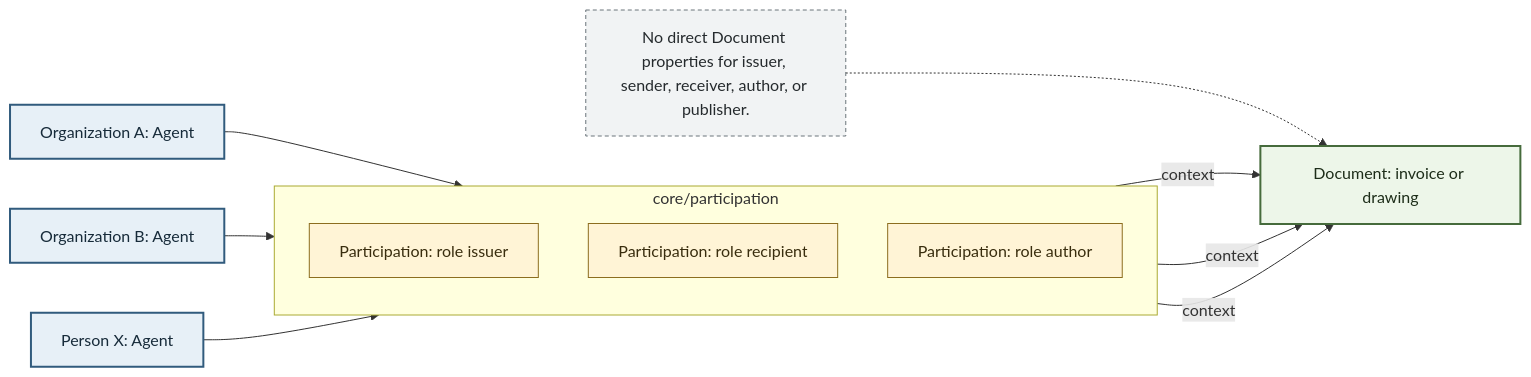
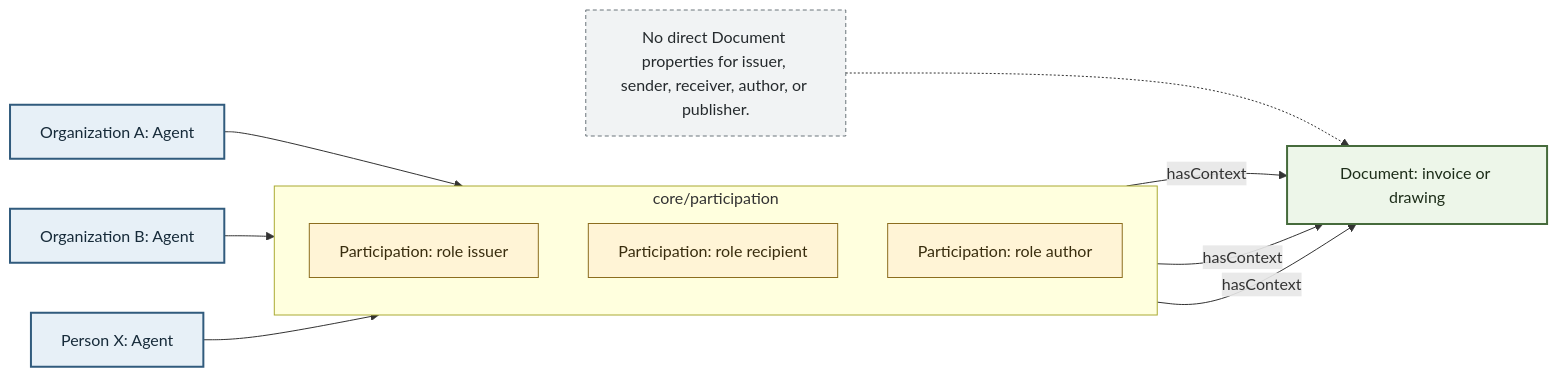
One commit to project-construct-x/constructx-ontologies changed the fourth of 5 diagrams in modules/core/document/docs/diagrams/document-concept-model.md. Above: the diagram before and after it, drawn with Mermaid. The commit also changed 43 other files, not shown here.

````diff
--- a/modules/core/document/docs/diagrams/document-concept-model.md
+++ b/modules/core/document/docs/diagrams/document-concept-model.md
@@ -100,35 +100,35 @@
 ```mermaid
 flowchart LR
     AgentA["Organization A: Agent"]
     AgentB["Organization B: Agent"]
     PersonX["Person X: Agent"]
 
     subgraph PART["core/participation"]
         direction TB
         Issuer["Participation: role issuer"]
         Recipient["Participation: role recipient"]
         Author["Participation: role author"]
     end
 
     Document["Document: invoice or drawing"]
 
     AgentA --> Issuer
     AgentB --> Recipient
     PersonX --> Author
-    Issuer -->|"context"| Document
-    Recipient -->|"context"| Document
-    Author -->|"context"| Document
+    Issuer -->|"hasContext"| Document
+    Recipient -->|"hasContext"| Document
+    Author -->|"hasContext"| Document
 
     NoProps["No direct Document properties for issuer, sender, receiver, author, or publisher."]
     NoProps -.-> Document
 
     classDef agent fill:#e7f0f7,stroke:#315b7d,color:#172b3a,stroke-width:2px;
     classDef part fill:#fff4d6,stroke:#8c6d1f,color:#392d0e;
     classDef doc fill:#edf6e9,stroke:#466b3c,color:#1d2d19,stroke-width:2px;
     classDef note fill:#f1f3f4,stroke:#6b747a,color:#252a2d,stroke-dasharray:4 3;
 
     class AgentA,AgentB,PersonX agent;
     class Issuer,Recipient,Author part;
     class Document doc;
     class NoProps note;
 ```
````
